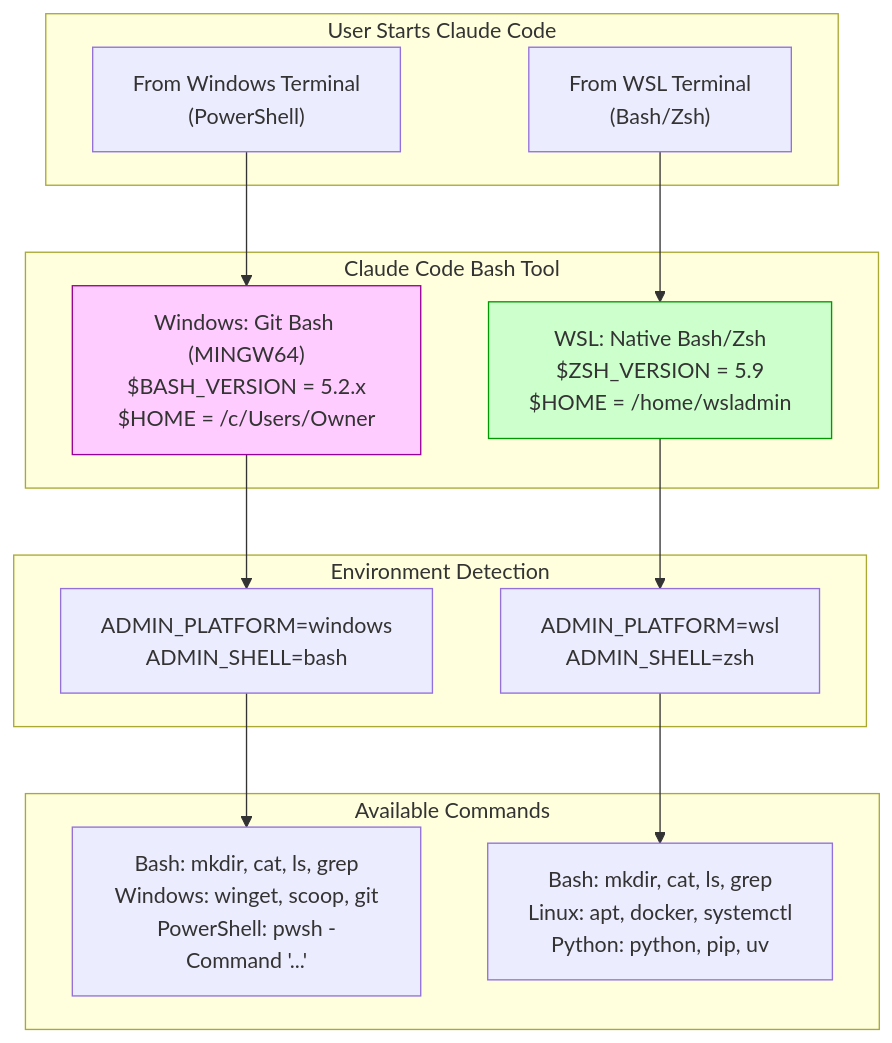
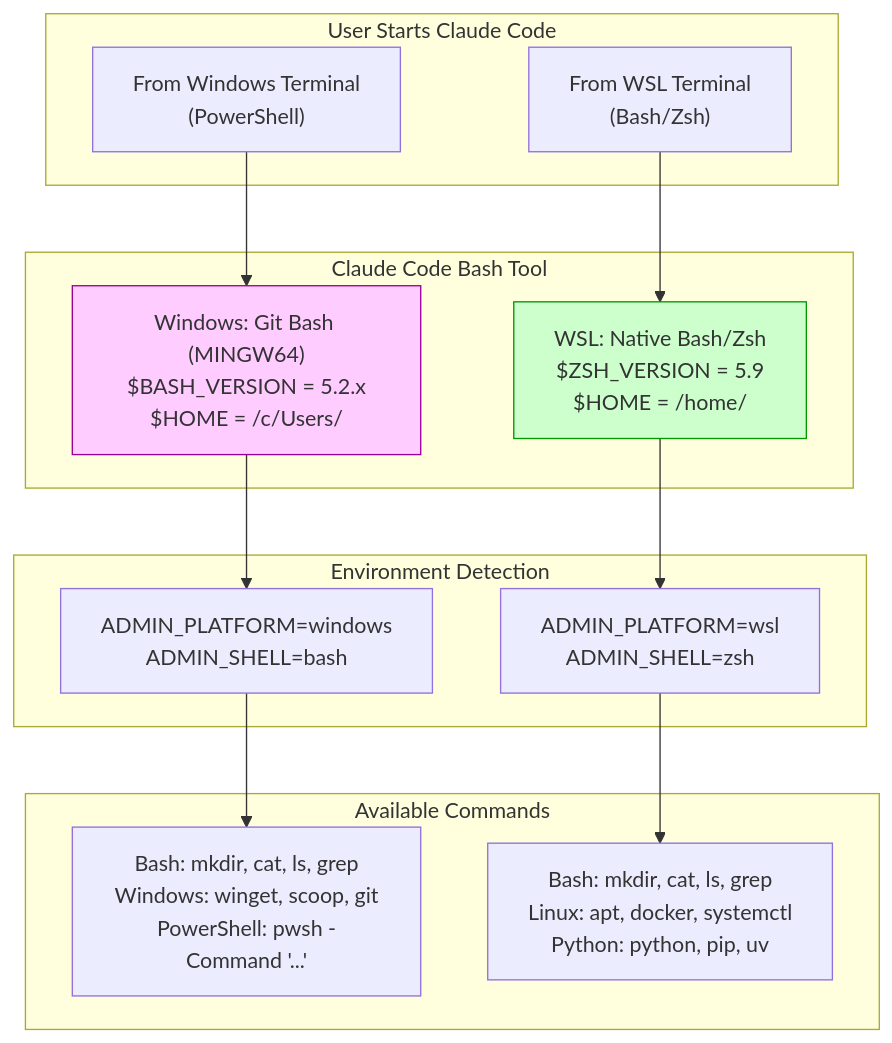
The sixth of 7 diagrams in docs/admin-skills-windows-map.md (evolv3-ai/vibeskills), drawn with Mermaid before and after one commit. The commit also changed other lines of this file and 42 other files, not shown here.

````diff
--- a/docs/admin-skills-windows-map.md
+++ b/docs/admin-skills-windows-map.md
@@ -211,28 +216,28 @@
 ```mermaid
 flowchart TB
     subgraph UserStarts["User Starts Claude Code"]
         START_WIN["From Windows Terminal<br>(PowerShell)"]
         START_WSL["From WSL Terminal<br>(Bash/Zsh)"]
     end
 
     subgraph ClaudeCode["Claude Code Bash Tool"]
-        CC_WIN_BASH["Windows: Git Bash (MINGW64)<br>$BASH_VERSION = 5.2.x<br>$HOME = /c/Users/Owner"]
-        CC_WSL_BASH["WSL: Native Bash/Zsh<br>$ZSH_VERSION = 5.9<br>$HOME = /home/wsladmin"]
+        CC_WIN_BASH["Windows: Git Bash (MINGW64)<br>$BASH_VERSION = 5.2.x<br>$HOME = /c/Users/<WIN_USER>"]
+        CC_WSL_BASH["WSL: Native Bash/Zsh<br>$ZSH_VERSION = 5.9<br>$HOME = /home/<ADMIN_USER>"]
     end
 
     subgraph Detection["Environment Detection"]
         DET_WIN["ADMIN_PLATFORM=windows<br>ADMIN_SHELL=bash"]
         DET_WSL["ADMIN_PLATFORM=wsl<br>ADMIN_SHELL=zsh"]
     end
 
     subgraph Available["Available Commands"]
         CMD_WIN["Bash: mkdir, cat, ls, grep<br>Windows: winget, scoop, git<br>PowerShell: pwsh -Command '...'"]
         CMD_WSL["Bash: mkdir, cat, ls, grep<br>Linux: apt, docker, systemctl<br>Python: python, pip, uv"]
     end
 
     START_WIN --> CC_WIN_BASH --> DET_WIN --> CMD_WIN
     START_WSL --> CC_WSL_BASH --> DET_WSL --> CMD_WSL
 
     style CC_WIN_BASH fill:#ffccff,stroke:#990099
     style CC_WSL_BASH fill:#ccffcc,stroke:#009900
 ```
````
